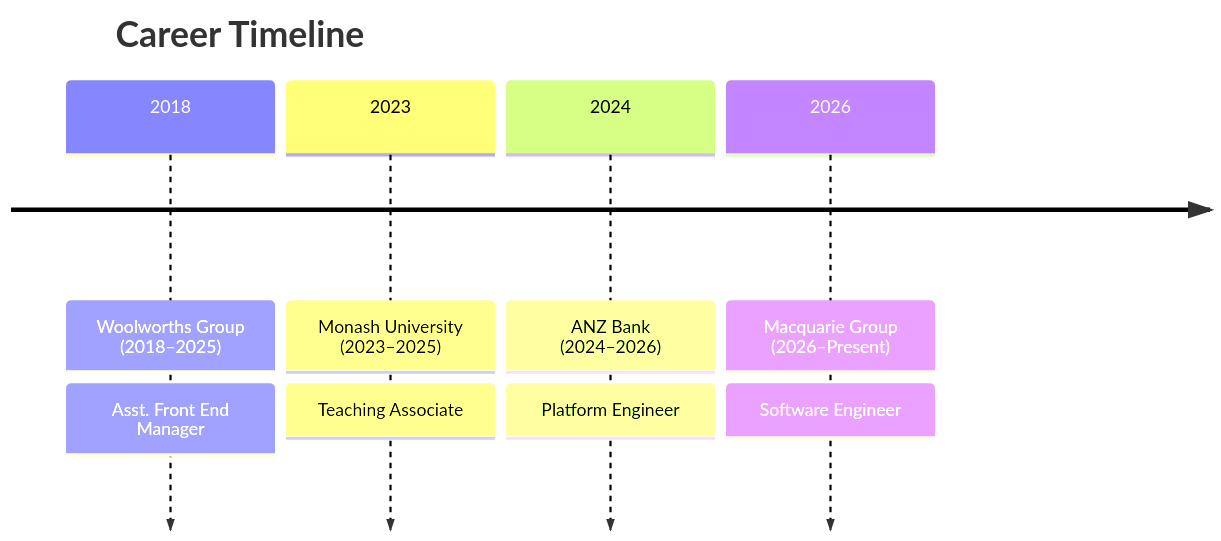
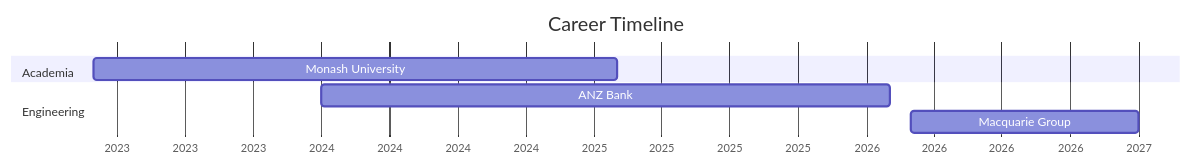
One commit to maxcraig112/maxcraig112.github.io changed the diagram in README.md. Above: the diagram before and after it, drawn with Mermaid. The commit also changed 7 other files, not shown here.

````diff
--- a/README.md
+++ b/README.md
@@ -23,12 +23,13 @@
 ```mermaid
-timeline
+gantt
     title Career Timeline
-    2018 : Woolworths Group (2018–2025)
-         : Asst. Front End Manager
-    2023 : Monash University (2023–2025)
-         : Teaching Associate
-    2024 : ANZ Bank (2024–2026)
-         : Platform Engineer
-    2026 : Macquarie Group (2026–Present)
-         : Software Engineer
+    dateFormat YYYY-MM
+    axisFormat %Y
+
+    section Academia
+    Monash University        :2023-03, 2025-02
+
+    section Engineering
+    ANZ Bank                  :2024-01, 2026-02
+    Macquarie Group           :2026-03, 2027-01
 ```
````
